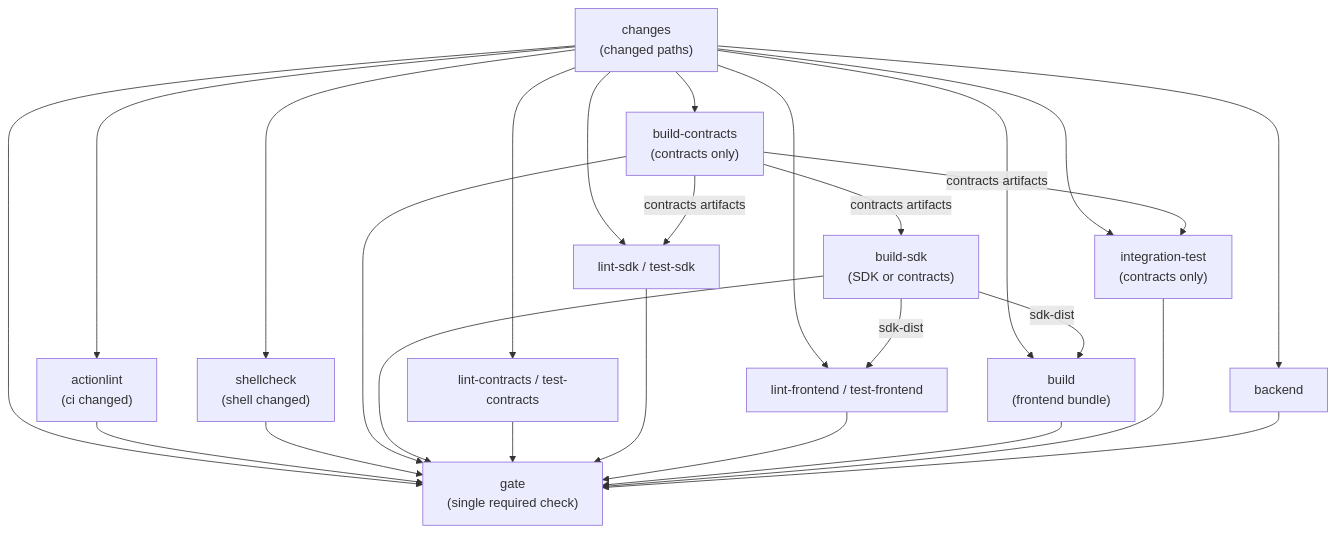
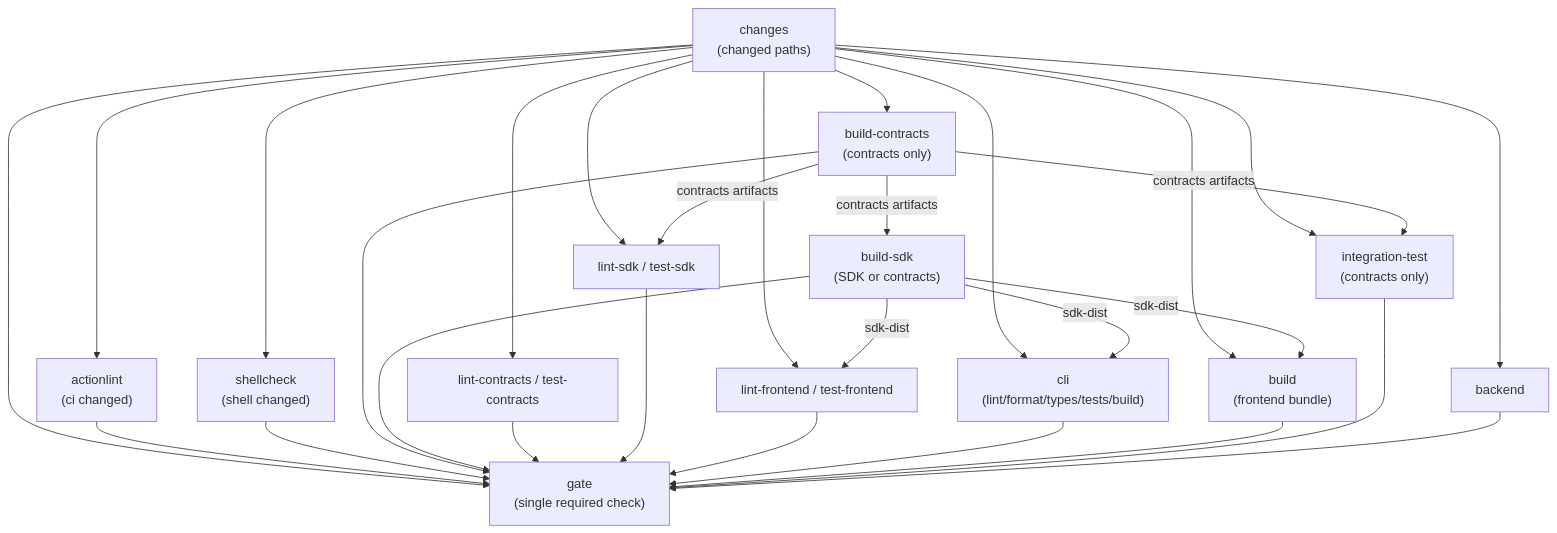
The diagram in docs/ci.md (kasakame/kasakame), drawn with Mermaid before and after one commit. The commit also changed other lines of this file and 3 other files, not shown here.

Commit message:
ci(cli): add the CLI lane to build-and-test

````diff
--- a/docs/ci.md
+++ b/docs/ci.md
@@ -60,41 +60,45 @@
 ```mermaid
 flowchart TD
     changes["changes<br/>(changed paths)"]
     actionlint["actionlint<br/>(ci changed)"]
     shellcheck["shellcheck<br/>(shell changed)"]
     buildc["build-contracts<br/>(contracts only)"]
     buildsdk["build-sdk<br/>(SDK or contracts)"]
     contracts["lint-contracts / test-contracts"]
     sdk["lint-sdk / test-sdk"]
     frontend["lint-frontend / test-frontend"]
+    cli["cli<br/>(lint/format/types/tests/build)"]
     build["build<br/>(frontend bundle)"]
     integration["integration-test<br/>(contracts only)"]
     backend["backend"]
     gate["gate<br/>(single required check)"]
 
     changes --> actionlint
     changes --> shellcheck
     changes --> buildc
     changes --> contracts
     changes --> sdk
     changes --> frontend
+    changes --> cli
     changes --> build
     changes --> integration
     changes --> backend
     buildc -->|"contracts artifacts"| buildsdk
     buildc -->|"contracts artifacts"| sdk
     buildc -->|"contracts artifacts"| integration
     buildsdk -->|"sdk-dist"| frontend
+    buildsdk -->|"sdk-dist"| cli
     buildsdk -->|"sdk-dist"| build
     changes --> gate
     actionlint --> gate
     shellcheck --> gate
     buildc --> gate
     buildsdk --> gate
     contracts --> gate
     sdk --> gate
     frontend --> gate
+    cli --> gate
     build --> gate
     integration --> gate
     backend --> gate
 ```
````
